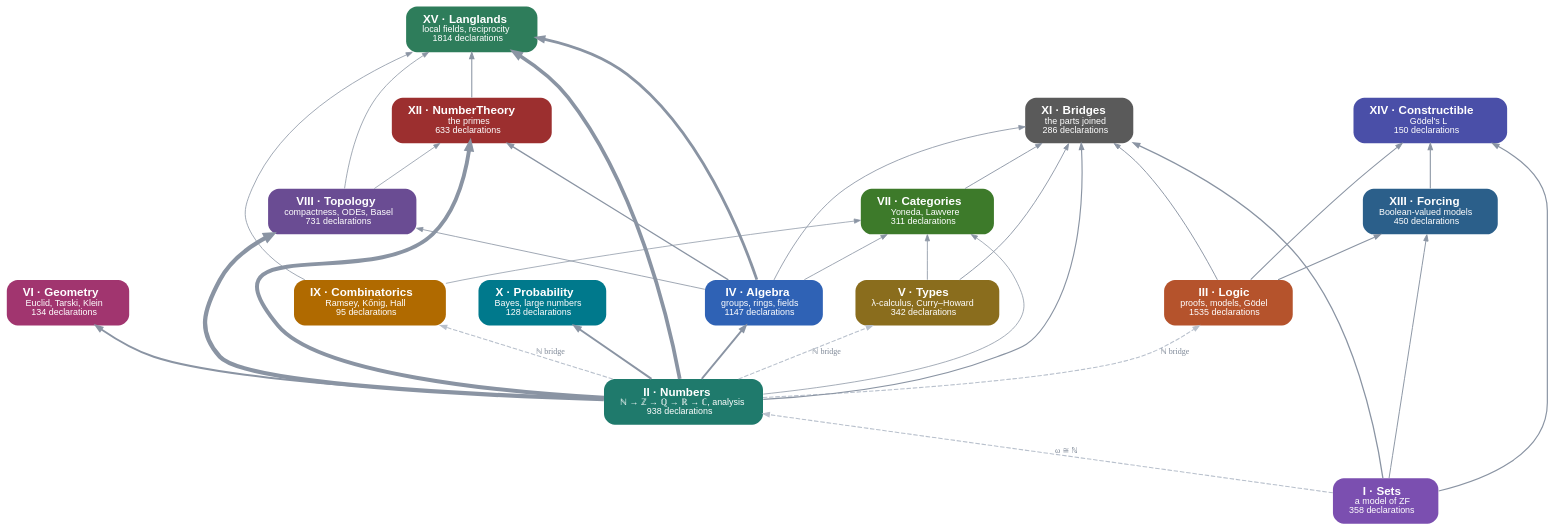
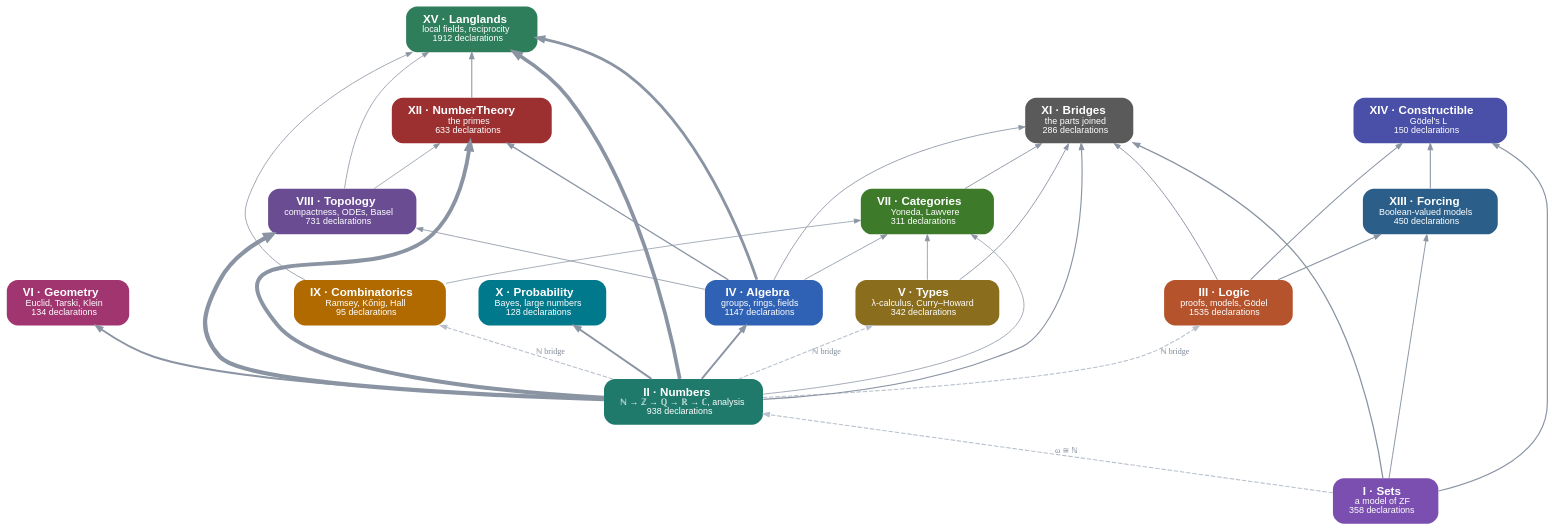
The diagram in site/dist/parts.dot (damianspendel/foundations), drawn with Graphviz before and after one commit. The commit also changed 20 other files, not shown here.

```diff
--- a/site/dist/parts.dot
+++ b/site/dist/parts.dot
@@ -1,52 +1,52 @@
 digraph parts {
 rankdir=BT; bgcolor="transparent"; nodesep=0.5; ranksep=0.7;
 node [shape=box, style="rounded,filled", fontname="Helvetica", fontsize=13, penwidth=0, margin="0.25,0.12"];
 edge [color="#8a94a3", arrowsize=0.7];
 "Sets" [label=<<b>I · Sets</b><br/><font point-size="10">a model of ZF<br/>358 declarations</font>>, fillcolor="#7b4fb0", fontcolor="white"];
 "Numbers" [label=<<b>II · Numbers</b><br/><font point-size="10">ℕ → ℤ → ℚ → ℝ → ℂ, analysis<br/>938 declarations</font>>, fillcolor="#1f7a6c", fontcolor="white"];
 "Logic" [label=<<b>III · Logic</b><br/><font point-size="10">proofs, models, Gödel<br/>1535 declarations</font>>, fillcolor="#b5532c", fontcolor="white"];
 "Algebra" [label=<<b>IV · Algebra</b><br/><font point-size="10">groups, rings, fields<br/>1147 declarations</font>>, fillcolor="#2f62b5", fontcolor="white"];
 "Types" [label=<<b>V · Types</b><br/><font point-size="10">λ-calculus, Curry–Howard<br/>342 declarations</font>>, fillcolor="#8a6d1d", fontcolor="white"];
 "Geometry" [label=<<b>VI · Geometry</b><br/><font point-size="10">Euclid, Tarski, Klein<br/>134 declarations</font>>, fillcolor="#a1356f", fontcolor="white"];
 "Categories" [label=<<b>VII · Categories</b><br/><font point-size="10">Yoneda, Lawvere<br/>311 declarations</font>>, fillcolor="#3d7a2a", fontcolor="white"];
 "Topology" [label=<<b>VIII · Topology</b><br/><font point-size="10">compactness, ODEs, Basel<br/>731 declarations</font>>, fillcolor="#6a4c93", fontcolor="white"];
 "Combinatorics" [label=<<b>IX · Combinatorics</b><br/><font point-size="10">Ramsey, Kőnig, Hall<br/>95 declarations</font>>, fillcolor="#b06a00", fontcolor="white"];
 "Probability" [label=<<b>X · Probability</b><br/><font point-size="10">Bayes, large numbers<br/>128 declarations</font>>, fillcolor="#00798c", fontcolor="white"];
 "Bridges" [label=<<b>XI · Bridges</b><br/><font point-size="10">the parts joined<br/>286 declarations</font>>, fillcolor="#5a5a5a", fontcolor="white"];
 "NumberTheory" [label=<<b>XII · NumberTheory</b><br/><font point-size="10">the primes<br/>633 declarations</font>>, fillcolor="#9c2f2f", fontcolor="white"];
 "Forcing" [label=<<b>XIII · Forcing</b><br/><font point-size="10">Boolean-valued models<br/>450 declarations</font>>, fillcolor="#2b5f8a", fontcolor="white"];
 "Constructible" [label=<<b>XIV · Constructible</b><br/><font point-size="10">Gödel's L<br/>150 declarations</font>>, fillcolor="#4a4fa8", fontcolor="white"];
-"Langlands" [label=<<b>XV · Langlands</b><br/><font point-size="10">local fields, reciprocity<br/>1814 declarations</font>>, fillcolor="#2e7d5b", fontcolor="white"];
+"Langlands" [label=<<b>XV · Langlands</b><br/><font point-size="10">local fields, reciprocity<br/>1912 declarations</font>>, fillcolor="#2e7d5b", fontcolor="white"];
 "Algebra" -> "Bridges" [penwidth=0.94, tooltip="37 uses of Algebra in Bridges"];
 "Algebra" -> "Categories" [penwidth=0.91, tooltip="23 uses of Algebra in Categories"];
-"Algebra" -> "Langlands" [penwidth=3.15, tooltip="10167 uses of Algebra in Langlands"];
+"Algebra" -> "Langlands" [penwidth=3.15, tooltip="10194 uses of Algebra in Langlands"];
 "Algebra" -> "NumberTheory" [penwidth=1.40, tooltip="653 uses of Algebra in NumberTheory"];
 "Algebra" -> "Topology" [penwidth=0.91, tooltip="24 uses of Algebra in Topology"];
 "Categories" -> "Bridges" [penwidth=1.01, tooltip="82 uses of Categories in Bridges"];
 "Combinatorics" -> "Categories" [penwidth=0.82, tooltip="1 uses of Combinatorics in Categories"];
 "Combinatorics" -> "Langlands" [penwidth=0.89, tooltip="14 uses of Combinatorics in Langlands"];
 "Forcing" -> "Constructible" [penwidth=1.21, tooltip="314 uses of Forcing in Constructible"];
 "Logic" -> "Bridges" [penwidth=1.05, tooltip="115 uses of Logic in Bridges"];
 "Logic" -> "Constructible" [penwidth=1.16, tooltip="234 uses of Logic in Constructible"];
 "Logic" -> "Forcing" [penwidth=1.23, tooltip="338 uses of Logic in Forcing"];
 "NumberTheory" -> "Langlands" [penwidth=1.18, tooltip="265 uses of NumberTheory in Langlands"];
 "Numbers" -> "Algebra" [penwidth=2.10, tooltip="3114 uses of Numbers in Algebra"];
 "Numbers" -> "Bridges" [penwidth=1.27, tooltip="404 uses of Numbers in Bridges"];
 "Numbers" -> "Categories" [penwidth=0.85, tooltip="5 uses of Numbers in Categories"];
 "Numbers" -> "Geometry" [penwidth=2.12, tooltip="3189 uses of Numbers in Geometry"];
 "Numbers" -> "Langlands" [penwidth=4.15, tooltip="20670 uses of Numbers in Langlands"];
 "Numbers" -> "NumberTheory" [penwidth=4.39, tooltip="23743 uses of Numbers in NumberTheory"];
 "Numbers" -> "Probability" [penwidth=2.21, tooltip="3662 uses of Numbers in Probability"];
 "Numbers" -> "Topology" [penwidth=4.80, tooltip="29469 uses of Numbers in Topology"];
 "Sets" -> "Bridges" [penwidth=1.46, tooltip="796 uses of Sets in Bridges"];
 "Sets" -> "Constructible" [penwidth=1.32, tooltip="492 uses of Sets in Constructible"];
 "Sets" -> "Forcing" [penwidth=1.08, tooltip="145 uses of Sets in Forcing"];
 "Topology" -> "Langlands" [penwidth=0.88, tooltip="11 uses of Topology in Langlands"];
 "Topology" -> "NumberTheory" [penwidth=0.85, tooltip="4 uses of Topology in NumberTheory"];
 "Types" -> "Bridges" [penwidth=1.00, tooltip="73 uses of Types in Bridges"];
 "Types" -> "Categories" [penwidth=0.91, tooltip="21 uses of Types in Categories"];
 "Sets" -> "Numbers" [style=dashed, color="#b8c0cc", penwidth=1.2, label=<<font point-size="9" color="#7d8796">ω ≅ ℕ</font>>];
 "Numbers" -> "Logic" [style=dashed, color="#b8c0cc", penwidth=1.2, label=<<font point-size="9" color="#7d8796">ℕ bridge</font>>];
 "Numbers" -> "Types" [style=dashed, color="#b8c0cc", penwidth=1.2, label=<<font point-size="9" color="#7d8796">ℕ bridge</font>>];
 "Numbers" -> "Combinatorics" [style=dashed, color="#b8c0cc", penwidth=1.2, label=<<font point-size="9" color="#7d8796">ℕ bridge</font>>];
 }
```
